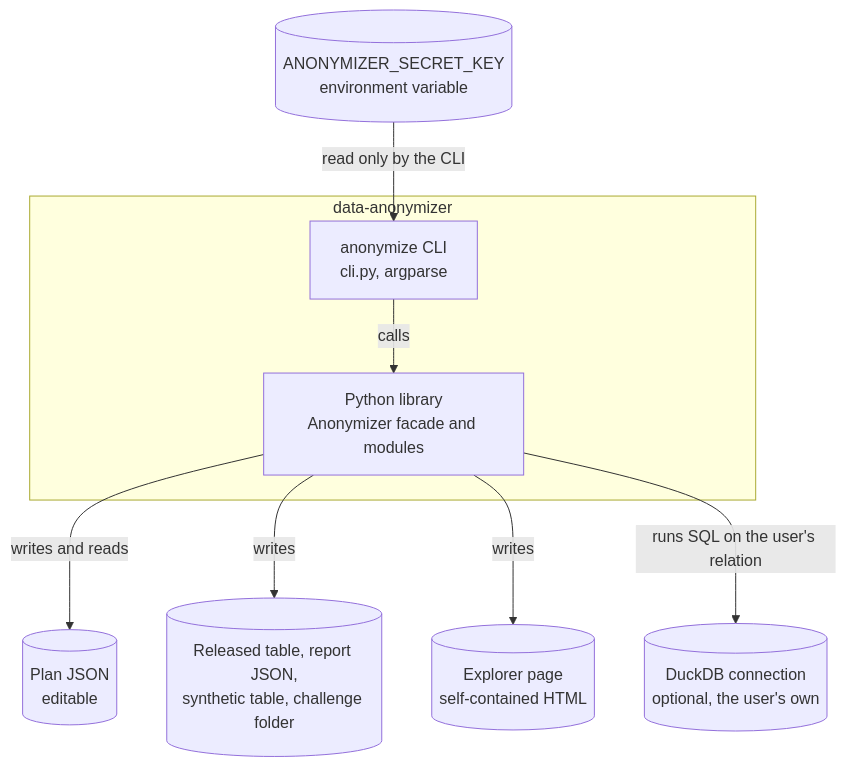
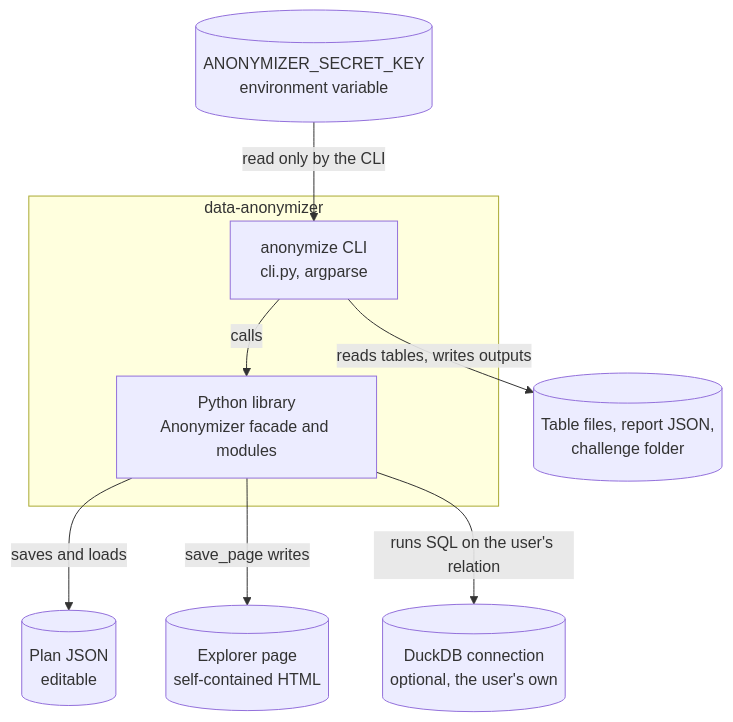
Before and after one commit to rmonteiro-pereira/data-anonymizer: the second of 4 diagrams in ARCHITECTURE.md, drawn with Mermaid. The commit also changed other lines of this file and 11 other files, not shown here.

````diff
--- a/ARCHITECTURE.md
+++ b/ARCHITECTURE.md
@@ -63,19 +66,19 @@
 ```mermaid
 flowchart TB
   subgraph system["data-anonymizer"]
     cli["anonymize CLI<br/>cli.py, argparse"]
     library["Python library<br/>Anonymizer facade and modules"]
   end
   env[("ANONYMIZER_SECRET_KEY<br/>environment variable")]
   plan[("Plan JSON<br/>editable")]
-  outputs[("Released table, report JSON,<br/>synthetic table, challenge folder")]
+  outputs[("Table files, report JSON,<br/>challenge folder")]
   page[("Explorer page<br/>self-contained HTML")]
   duckdb[("DuckDB connection<br/>optional, the user's own")]
 
   cli -->|"calls"| library
   env -->|"read only by the CLI"| cli
-  library -->|"writes and reads"| plan
-  library -->|"writes"| outputs
-  library -->|"writes"| page
+  cli -->|"reads tables, writes outputs"| outputs
+  library -->|"saves and loads"| plan
+  library -->|"save_page writes"| page
   library -->|"runs SQL on the user's relation"| duckdb
 ```
````
